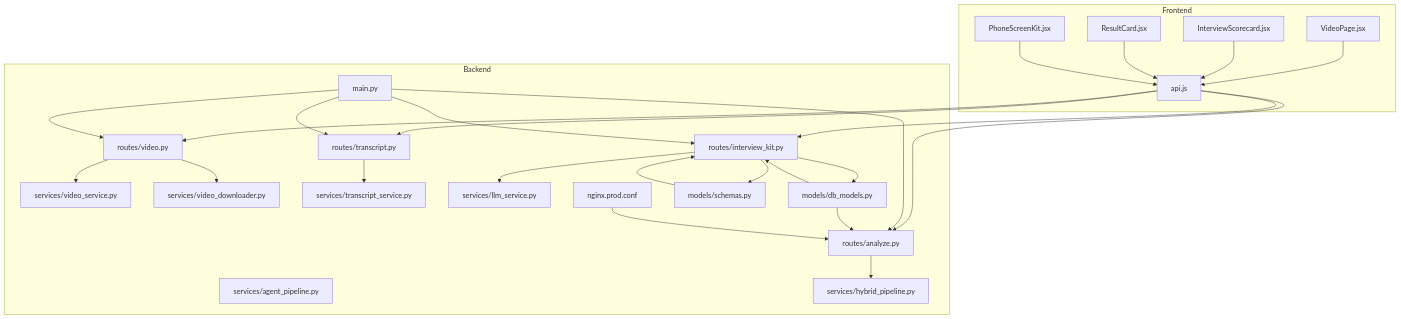
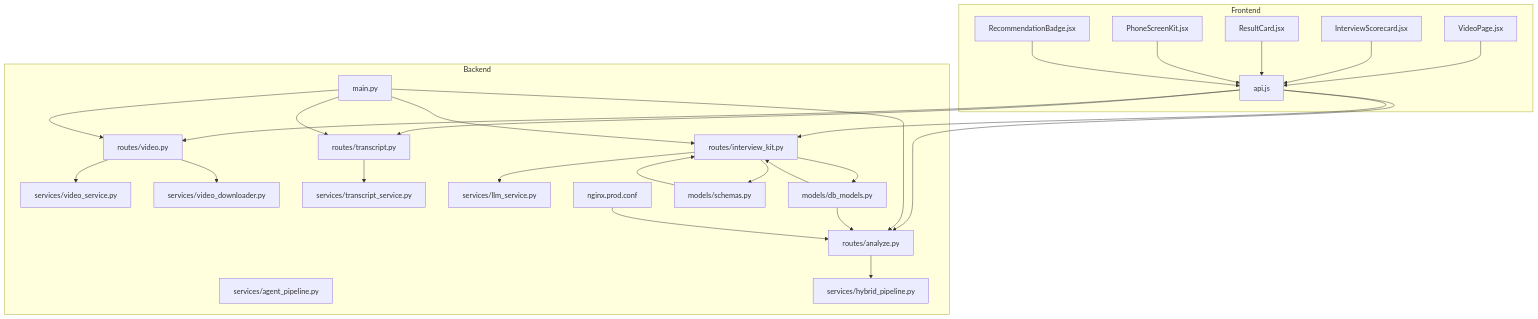
One commit to Revanththetalogics/aireume changed the first of 15 diagrams in .qoder/repowiki/en/content/Video Analysis/Interview Analysis Workflow.md. Above: the diagram before and after it, drawn with Mermaid. The commit also changed other lines of this file and 4 other files, not shown here.

````diff
--- a/.qoder/repowiki/en/content/Video Analysis/Interview Analysis Workflow.md
+++ b/.qoder/repowiki/en/content/Video Analysis/Interview Analysis Workflow.md
@@ -63,49 +65,51 @@
 ```mermaid
 graph TB
 subgraph "Frontend"
 VP["VideoPage.jsx"]
 IS["InterviewScorecard.jsx"]
 RC["ResultCard.jsx"]
 PSK["PhoneScreenKit.jsx"]
+RB["RecommendationBadge.jsx"]
 API["api.js"]
 end
 subgraph "Backend"
 ROUTE_VIDEO["routes/video.py"]
 ROUTE_TRANSCRIPT["routes/transcript.py"]
 ROUTE_ANALYZE["routes/analyze.py"]
 ROUTE_KIT["routes/interview_kit.py"]
 SVC_VIDEO["services/video_service.py"]
 SVC_DOWN["services/video_downloader.py"]
 SVC_TRANSCRIPT["services/transcript_service.py"]
 SVC_AGENT["services/agent_pipeline.py"]
 PIPELINE["services/hybrid_pipeline.py"]
 SVC_LLM["services/llm_service.py"]
 MAIN["main.py"]
 MODELS["models/db_models.py"]
 SCHEMAS["models/schemas.py"]
 NGINX["nginx.prod.conf"]
 end
 VP --> API
 IS --> API
 RC --> API
 PSK --> API
+RB --> API
 API --> ROUTE_VIDEO
 API --> ROUTE_TRANSCRIPT
 API --> ROUTE_ANALYZE
 API --> ROUTE_KIT
 ROUTE_VIDEO --> SVC_VIDEO
 ROUTE_VIDEO --> SVC_DOWN
 ROUTE_TRANSCRIPT --> SVC_TRANSCRIPT
 ROUTE_ANALYZE --> PIPELINE
 ROUTE_KIT --> MODELS
 ROUTE_KIT --> SCHEMAS
 ROUTE_KIT --> SVC_LLM
 MAIN --> ROUTE_VIDEO
 MAIN --> ROUTE_TRANSCRIPT
 MAIN --> ROUTE_ANALYZE
 MAIN --> ROUTE_KIT
 MODELS --> ROUTE_ANALYZE
 MODELS --> ROUTE_KIT
 SCHEMAS --> ROUTE_KIT
 NGINX --> ROUTE_ANALYZE
 ```
````
